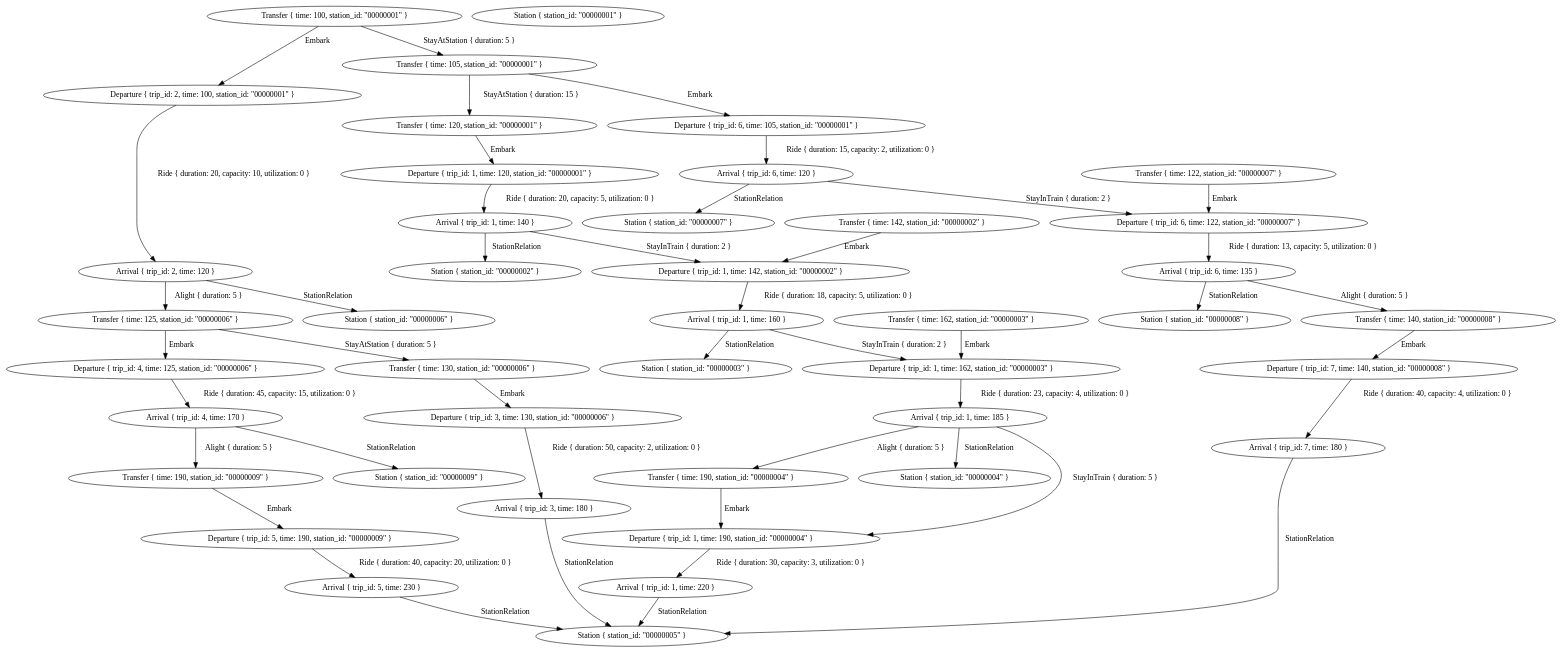
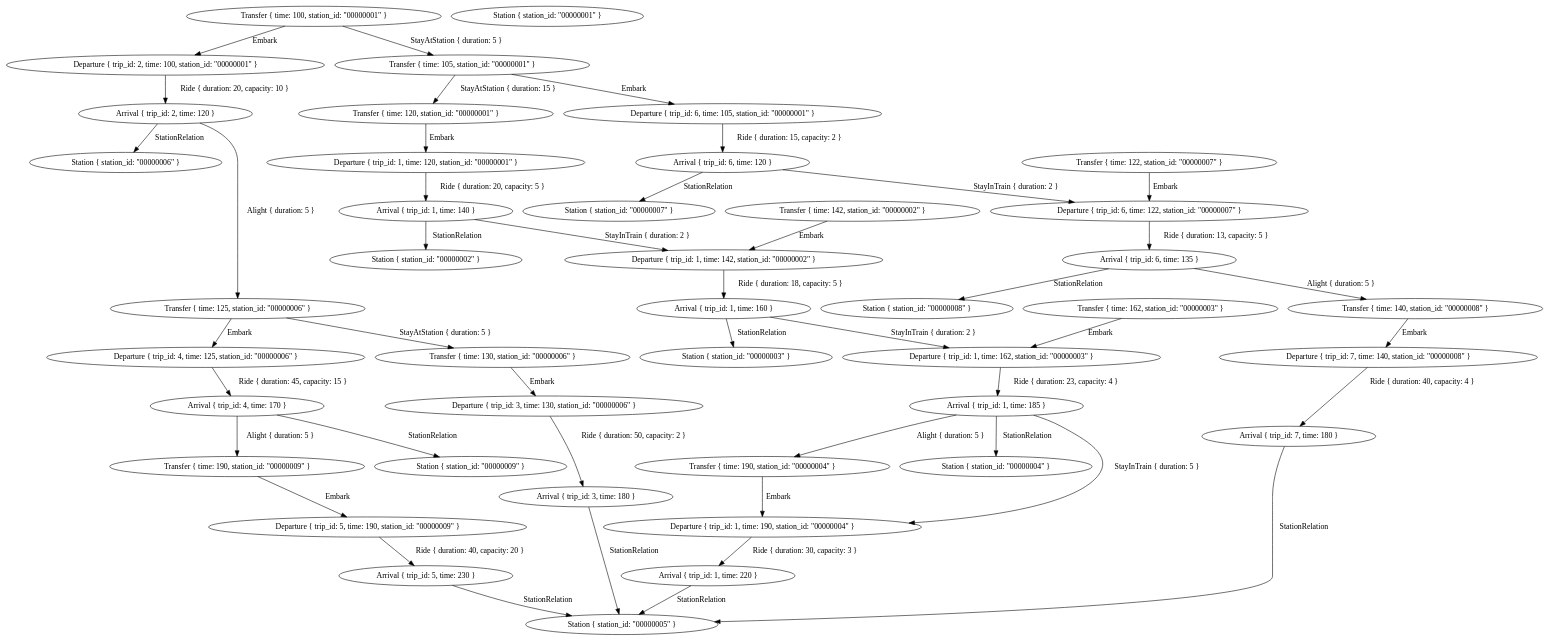
The diagram in graphs/graph.dot (eliaswendt/mcfp-optimizer), drawn with Graphviz before and after one commit. The commit also changed 12 other files, not shown here.

```diff
--- a/graphs/graph.dot
+++ b/graphs/graph.dot
@@ -1,88 +1,88 @@
 digraph {
-    0 [ label = "Arrival { trip_id: 1, time: 140 }" ]
-    1 [ label = "Departure { trip_id: 1, time: 120, station_id: \"00000001\" }" ]
-    2 [ label = "Arrival { trip_id: 2, time: 120 }" ]
-    3 [ label = "Departure { trip_id: 2, time: 100, station_id: \"00000001\" }" ]
+    0 [ label = "Arrival { trip_id: 4, time: 170 }" ]
+    1 [ label = "Departure { trip_id: 4, time: 125, station_id: \"00000006\" }" ]
+    2 [ label = "Arrival { trip_id: 1, time: 185 }" ]
+    3 [ label = "Departure { trip_id: 1, time: 162, station_id: \"00000003\" }" ]
     4 [ label = "Arrival { trip_id: 3, time: 180 }" ]
     5 [ label = "Departure { trip_id: 3, time: 130, station_id: \"00000006\" }" ]
-    6 [ label = "Arrival { trip_id: 5, time: 230 }" ]
-    7 [ label = "Departure { trip_id: 5, time: 190, station_id: \"00000009\" }" ]
-    8 [ label = "Arrival { trip_id: 6, time: 135 }" ]
-    9 [ label = "Departure { trip_id: 6, time: 122, station_id: \"00000007\" }" ]
-    10 [ label = "Arrival { trip_id: 6, time: 120 }" ]
-    11 [ label = "Departure { trip_id: 6, time: 105, station_id: \"00000001\" }" ]
-    12 [ label = "Arrival { trip_id: 1, time: 160 }" ]
-    13 [ label = "Departure { trip_id: 1, time: 142, station_id: \"00000002\" }" ]
-    14 [ label = "Arrival { trip_id: 4, time: 170 }" ]
-    15 [ label = "Departure { trip_id: 4, time: 125, station_id: \"00000006\" }" ]
-    16 [ label = "Arrival { trip_id: 1, time: 220 }" ]
-    17 [ label = "Departure { trip_id: 1, time: 190, station_id: \"00000004\" }" ]
-    18 [ label = "Arrival { trip_id: 1, time: 185 }" ]
-    19 [ label = "Departure { trip_id: 1, time: 162, station_id: \"00000003\" }" ]
-    20 [ label = "Arrival { trip_id: 7, time: 180 }" ]
-    21 [ label = "Departure { trip_id: 7, time: 140, station_id: \"00000008\" }" ]
-    22 [ label = "Station { station_id: \"00000004\" }" ]
-    23 [ label = "Transfer { time: 190, station_id: \"00000004\" }" ]
-    24 [ label = "Station { station_id: \"00000001\" }" ]
-    25 [ label = "Transfer { time: 105, station_id: \"00000001\" }" ]
-    26 [ label = "Transfer { time: 100, station_id: \"00000001\" }" ]
-    27 [ label = "Transfer { time: 120, station_id: \"00000001\" }" ]
-    28 [ label = "Station { station_id: \"00000002\" }" ]
-    29 [ label = "Transfer { time: 142, station_id: \"00000002\" }" ]
-    30 [ label = "Station { station_id: \"00000003\" }" ]
-    31 [ label = "Transfer { time: 162, station_id: \"00000003\" }" ]
-    32 [ label = "Station { station_id: \"00000005\" }" ]
-    33 [ label = "Station { station_id: \"00000006\" }" ]
-    34 [ label = "Transfer { time: 125, station_id: \"00000006\" }" ]
-    35 [ label = "Transfer { time: 130, station_id: \"00000006\" }" ]
-    36 [ label = "Station { station_id: \"00000008\" }" ]
-    37 [ label = "Transfer { time: 140, station_id: \"00000008\" }" ]
-    38 [ label = "Station { station_id: \"00000007\" }" ]
-    39 [ label = "Transfer { time: 122, station_id: \"00000007\" }" ]
+    6 [ label = "Arrival { trip_id: 6, time: 135 }" ]
+    7 [ label = "Departure { trip_id: 6, time: 122, station_id: \"00000007\" }" ]
+    8 [ label = "Arrival { trip_id: 1, time: 160 }" ]
+    9 [ label = "Departure { trip_id: 1, time: 142, station_id: \"00000002\" }" ]
+    10 [ label = "Arrival { trip_id: 1, time: 220 }" ]
+    11 [ label = "Departure { trip_id: 1, time: 190, station_id: \"00000004\" }" ]
+    12 [ label = "Arrival { trip_id: 7, time: 180 }" ]
+    13 [ label = "Departure { trip_id: 7, time: 140, station_id: \"00000008\" }" ]
+    14 [ label = "Arrival { trip_id: 5, time: 230 }" ]
+    15 [ label = "Departure { trip_id: 5, time: 190, station_id: \"00000009\" }" ]
+    16 [ label = "Arrival { trip_id: 1, time: 140 }" ]
+    17 [ label = "Departure { trip_id: 1, time: 120, station_id: \"00000001\" }" ]
+    18 [ label = "Arrival { trip_id: 2, time: 120 }" ]
+    19 [ label = "Departure { trip_id: 2, time: 100, station_id: \"00000001\" }" ]
+    20 [ label = "Arrival { trip_id: 6, time: 120 }" ]
+    21 [ label = "Departure { trip_id: 6, time: 105, station_id: \"00000001\" }" ]
+    22 [ label = "Station { station_id: \"00000007\" }" ]
+    23 [ label = "Transfer { time: 122, station_id: \"00000007\" }" ]
+    24 [ label = "Station { station_id: \"00000006\" }" ]
+    25 [ label = "Transfer { time: 125, station_id: \"00000006\" }" ]
+    26 [ label = "Transfer { time: 130, station_id: \"00000006\" }" ]
+    27 [ label = "Station { station_id: \"00000005\" }" ]
+    28 [ label = "Station { station_id: \"00000004\" }" ]
+    29 [ label = "Transfer { time: 190, station_id: \"00000004\" }" ]
+    30 [ label = "Station { station_id: \"00000008\" }" ]
+    31 [ label = "Transfer { time: 140, station_id: \"00000008\" }" ]
+    32 [ label = "Station { station_id: \"00000002\" }" ]
+    33 [ label = "Transfer { time: 142, station_id: \"00000002\" }" ]
+    34 [ label = "Station { station_id: \"00000001\" }" ]
+    35 [ label = "Transfer { time: 100, station_id: \"00000001\" }" ]
+    36 [ label = "Transfer { time: 120, station_id: \"00000001\" }" ]
+    37 [ label = "Transfer { time: 105, station_id: \"00000001\" }" ]
+    38 [ label = "Station { station_id: \"00000003\" }" ]
+    39 [ label = "Transfer { time: 162, station_id: \"00000003\" }" ]
     40 [ label = "Station { station_id: \"00000009\" }" ]
     41 [ label = "Transfer { time: 190, station_id: \"00000009\" }" ]
-    1 -> 0 [ label = "Ride { duration: 20, capacity: 5, utilization: 0 }" ]
-    3 -> 2 [ label = "Ride { duration: 20, capacity: 10, utilization: 0 }" ]
-    5 -> 4 [ label = "Ride { duration: 50, capacity: 2, utilization: 0 }" ]
-    7 -> 6 [ label = "Ride { duration: 40, capacity: 20, utilization: 0 }" ]
-    9 -> 8 [ label = "Ride { duration: 13, capacity: 5, utilization: 0 }" ]
-    11 -> 10 [ label = "Ride { duration: 15, capacity: 2, utilization: 0 }" ]
-    13 -> 12 [ label = "Ride { duration: 18, capacity: 5, utilization: 0 }" ]
-    15 -> 14 [ label = "Ride { duration: 45, capacity: 15, utilization: 0 }" ]
-    17 -> 16 [ label = "Ride { duration: 30, capacity: 3, utilization: 0 }" ]
-    19 -> 18 [ label = "Ride { duration: 23, capacity: 4, utilization: 0 }" ]
-    21 -> 20 [ label = "Ride { duration: 40, capacity: 4, utilization: 0 }" ]
-    23 -> 17 [ label = "Embark" ]
-    18 -> 17 [ label = "StayInTrain { duration: 5 }" ]
-    18 -> 22 [ label = "StationRelation" ]
-    18 -> 23 [ label = "Alight { duration: 5 }" ]
-    25 -> 11 [ label = "Embark" ]
-    26 -> 3 [ label = "Embark" ]
-    27 -> 1 [ label = "Embark" ]
-    26 -> 25 [ label = "StayAtStation { duration: 5 }" ]
-    25 -> 27 [ label = "StayAtStation { duration: 15 }" ]
-    29 -> 13 [ label = "Embark" ]
-    0 -> 13 [ label = "StayInTrain { duration: 2 }" ]
-    0 -> 28 [ label = "StationRelation" ]
-    31 -> 19 [ label = "Embark" ]
-    12 -> 19 [ label = "StayInTrain { duration: 2 }" ]
-    12 -> 30 [ label = "StationRelation" ]
-    4 -> 32 [ label = "StationRelation" ]
-    6 -> 32 [ label = "StationRelation" ]
+    1 -> 0 [ label = "Ride { duration: 45, capacity: 15 }" ]
+    3 -> 2 [ label = "Ride { duration: 23, capacity: 4 }" ]
+    5 -> 4 [ label = "Ride { duration: 50, capacity: 2 }" ]
+    7 -> 6 [ label = "Ride { duration: 13, capacity: 5 }" ]
+    9 -> 8 [ label = "Ride { duration: 18, capacity: 5 }" ]
+    11 -> 10 [ label = "Ride { duration: 30, capacity: 3 }" ]
+    13 -> 12 [ label = "Ride { duration: 40, capacity: 4 }" ]
+    15 -> 14 [ label = "Ride { duration: 40, capacity: 20 }" ]
+    17 -> 16 [ label = "Ride { duration: 20, capacity: 5 }" ]
+    19 -> 18 [ label = "Ride { duration: 20, capacity: 10 }" ]
+    21 -> 20 [ label = "Ride { duration: 15, capacity: 2 }" ]
+    23 -> 7 [ label = "Embark" ]
+    20 -> 7 [ label = "StayInTrain { duration: 2 }" ]
+    20 -> 22 [ label = "StationRelation" ]
+    25 -> 1 [ label = "Embark" ]
+    26 -> 5 [ label = "Embark" ]
+    25 -> 26 [ label = "StayAtStation { duration: 5 }" ]
+    18 -> 24 [ label = "StationRelation" ]
+    18 -> 25 [ label = "Alight { duration: 5 }" ]
+    12 -> 27 [ label = "StationRelation" ]
+    10 -> 27 [ label = "StationRelation" ]
+    4 -> 27 [ label = "StationRelation" ]
+    14 -> 27 [ label = "StationRelation" ]
+    29 -> 11 [ label = "Embark" ]
+    2 -> 11 [ label = "StayInTrain { duration: 5 }" ]
+    2 -> 28 [ label = "StationRelation" ]
+    2 -> 29 [ label = "Alight { duration: 5 }" ]
+    31 -> 13 [ label = "Embark" ]
+    6 -> 30 [ label = "StationRelation" ]
+    6 -> 31 [ label = "Alight { duration: 5 }" ]
+    33 -> 9 [ label = "Embark" ]
+    16 -> 9 [ label = "StayInTrain { duration: 2 }" ]
     16 -> 32 [ label = "StationRelation" ]
-    20 -> 32 [ label = "StationRelation" ]
-    34 -> 15 [ label = "Embark" ]
-    35 -> 5 [ label = "Embark" ]
-    34 -> 35 [ label = "StayAtStation { duration: 5 }" ]
-    2 -> 33 [ label = "StationRelation" ]
-    2 -> 34 [ label = "Alight { duration: 5 }" ]
+    35 -> 19 [ label = "Embark" ]
+    36 -> 17 [ label = "Embark" ]
     37 -> 21 [ label = "Embark" ]
-    8 -> 36 [ label = "StationRelation" ]
-    8 -> 37 [ label = "Alight { duration: 5 }" ]
-    39 -> 9 [ label = "Embark" ]
-    10 -> 9 [ label = "StayInTrain { duration: 2 }" ]
-    10 -> 38 [ label = "StationRelation" ]
-    41 -> 7 [ label = "Embark" ]
-    14 -> 40 [ label = "StationRelation" ]
-    14 -> 41 [ label = "Alight { duration: 5 }" ]
+    35 -> 37 [ label = "StayAtStation { duration: 5 }" ]
+    37 -> 36 [ label = "StayAtStation { duration: 15 }" ]
+    39 -> 3 [ label = "Embark" ]
+    8 -> 3 [ label = "StayInTrain { duration: 2 }" ]
+    8 -> 38 [ label = "StationRelation" ]
+    41 -> 15 [ label = "Embark" ]
+    0 -> 40 [ label = "StationRelation" ]
+    0 -> 41 [ label = "Alight { duration: 5 }" ]
 }
```
